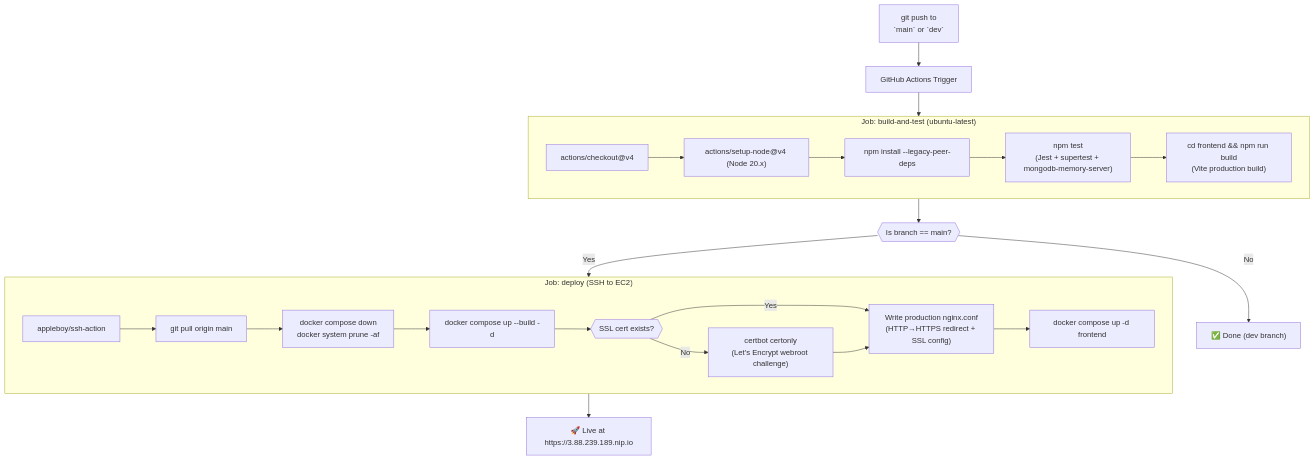
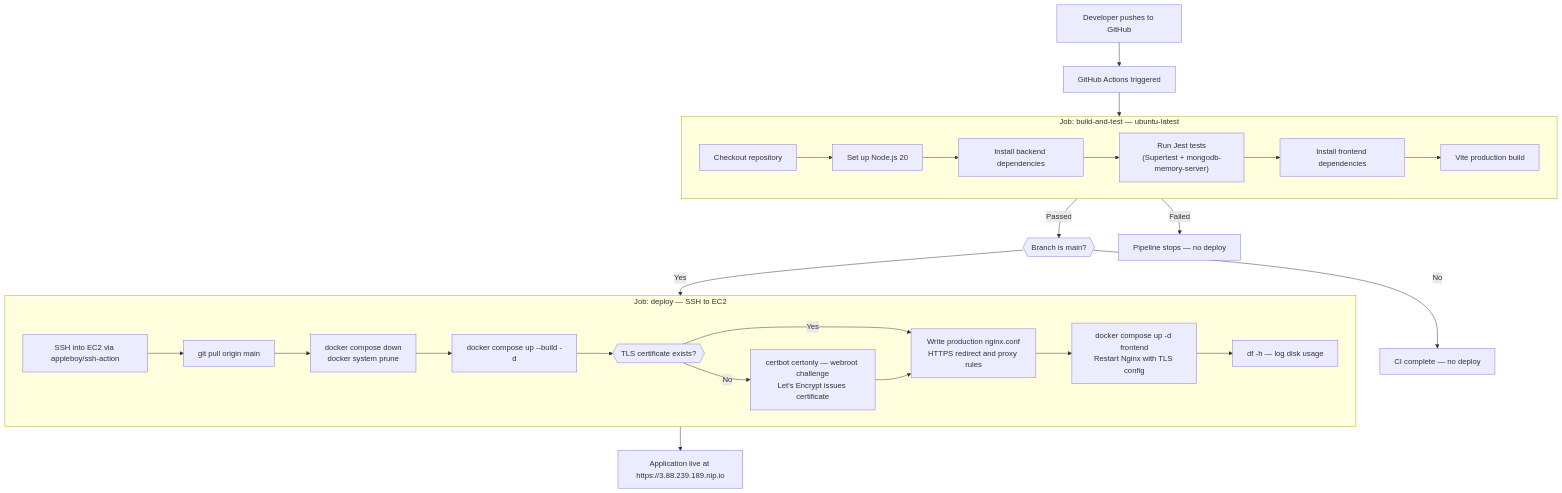
Before and after one commit to JahnviAghera/sp: diagram 13 of 14 in SpeakSpace_Project_Documentation.md, drawn with Mermaid. The commit also changed other lines of this file, not shown here.

Commit message:
docs: overhaul project documentation with improved architecture descriptions, structural refinements, and updated technical diagrams

````diff
--- a/SpeakSpace_Project_Documentation.md
+++ b/SpeakSpace_Project_Documentation.md
@@ -526,33 +578,35 @@
 ```mermaid
 flowchart TD
-    Push["git push to\n`main` or `dev`"] --> GH["GitHub Actions Trigger"]
+    Push["Developer pushes to GitHub"] --> GH["GitHub Actions triggered"]
 
     GH --> Job1
 
-    subgraph Job1["Job: build-and-test (ubuntu-latest)"]
-        Checkout["actions/checkout@v4"]
-        --> NodeSetup["actions/setup-node@v4 (Node 20.x)"]
-        --> InstallDeps["npm install --legacy-peer-deps"]
-        --> RunTests["npm test\n(Jest + supertest + mongodb-memory-server)"]
-        --> BuildFrontend["cd frontend && npm run build\n(Vite production build)"]
+    subgraph Job1["Job: build-and-test — ubuntu-latest"]
+        S1["Checkout repository"]
+        --> S2["Set up Node.js 20"]
+        --> S3["Install backend dependencies"]
+        --> S4["Run Jest tests\n(Supertest + mongodb-memory-server)"]
+        --> S5["Install frontend dependencies"]
+        --> S6["Vite production build"]
     end
 
-    Job1 --> IsProd{{"Is branch == main?"}}
-    IsProd -->|No| Done["✅ Done (dev branch)"]
-    IsProd -->|Yes| Job2
+    Job1 -->|"Passed"| Check{{"Branch is main?"}}
+    Job1 -->|"Failed"| Fail["Pipeline stops — no deploy"]
+    Check -->|"No"| Done["CI complete — no deploy"]
+    Check -->|"Yes"| Job2
 
-    subgraph Job2["Job: deploy (SSH to EC2)"]
-        SSH["appleboy/ssh-action"]
-        --> GitPull["git pull origin main"]
-        --> DockerDown["docker compose down\ndocker system prune -af"]
-        --> DockerUp["docker compose up --build -d"]
-        --> SSLCheck{{"SSL cert exists?"}}
-        SSLCheck -->|No| RequestSSL["certbot certonly\n(Let's Encrypt webroot challenge)"]
-        SSLCheck -->|Yes| WriteNginx
-        RequestSSL --> WriteNginx
-        WriteNginx["Write production nginx.conf\n(HTTP→HTTPS redirect + SSL config)"]
-        --> RestartFrontend["docker compose up -d frontend"]
+    subgraph Job2["Job: deploy — SSH to EC2"]
+        D1["SSH into EC2 via appleboy/ssh-action"]
+        --> D2["git pull origin main"]
+        --> D3["docker compose down\ndocker system prune"]
+        --> D4["docker compose up --build -d"]
+        --> D5{{"TLS certificate exists?"}}
+        D5 -->|"No"| D6["certbot certonly — webroot challenge\nLet's Encrypt issues certificate"]
+        D5 -->|"Yes"| D7
+        D6 --> D7["Write production nginx.conf\nHTTPS redirect and proxy rules"]
+        --> D8["docker compose up -d frontend\nRestart Nginx with TLS config"]
+        --> D9["df -h — log disk usage"]
     end
 
-    Job2 --> Live["🚀 Live at https://3.88.239.189.nip.io"]
+    Job2 --> Live["Application live at https://3.88.239.189.nip.io"]
 ```
````
